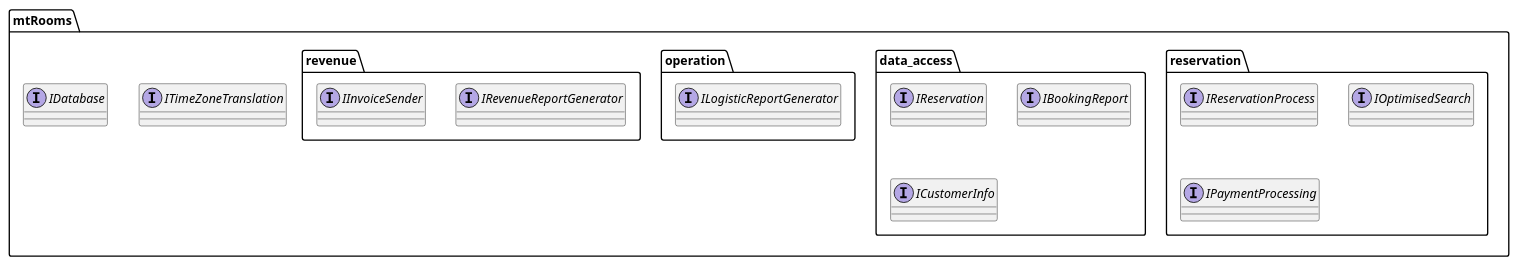
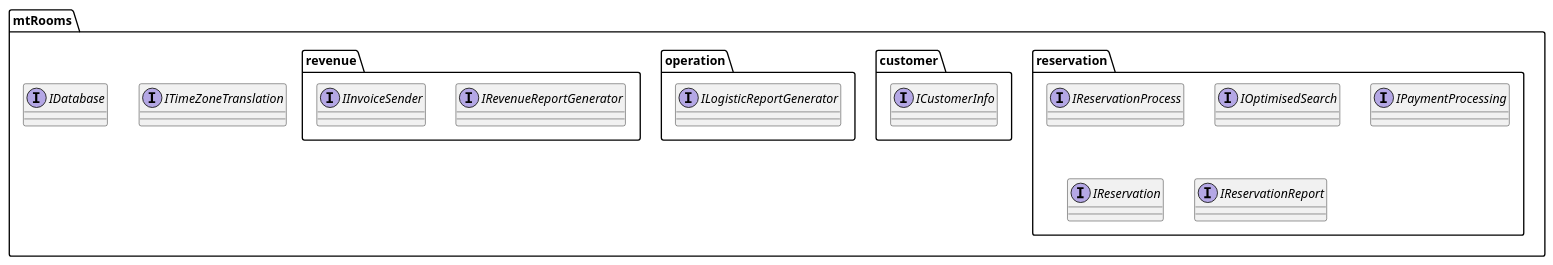
One commit to BBKbeam/mtRooms changed the diagram in docs/uml/component_interface_defs.puml. Above: the diagram before and after it, drawn with PlantUML. The commit also changed 1 other file, not shown here.

Commit message:
[UML] Updated diag; moved "data_access" components to "customer" and "reservation"

```diff
--- a/docs/uml/component_interface_defs.puml
+++ b/docs/uml/component_interface_defs.puml
@@ -1,29 +1,29 @@
 @startuml
 
 package mtRooms {
     package "reservation" {
         interface IReservationProcess
         interface IOptimisedSearch
         interface IPaymentProcessing
+        interface IReservation
+        interface IReservationReport
     }
 
-    package "data_access" {
-        interface IReservation
-        interface IBookingReport
+    package "customer" {
         interface ICustomerInfo
     }
 
     package "operation" {
         interface ILogisticReportGenerator
     }
 
     package "revenue" {
         interface IRevenueReportGenerator
         interface IInvoiceSender
     }
 
     interface ITimeZoneTranslation
     interface IDatabase
 }
 
 @enduml
```
